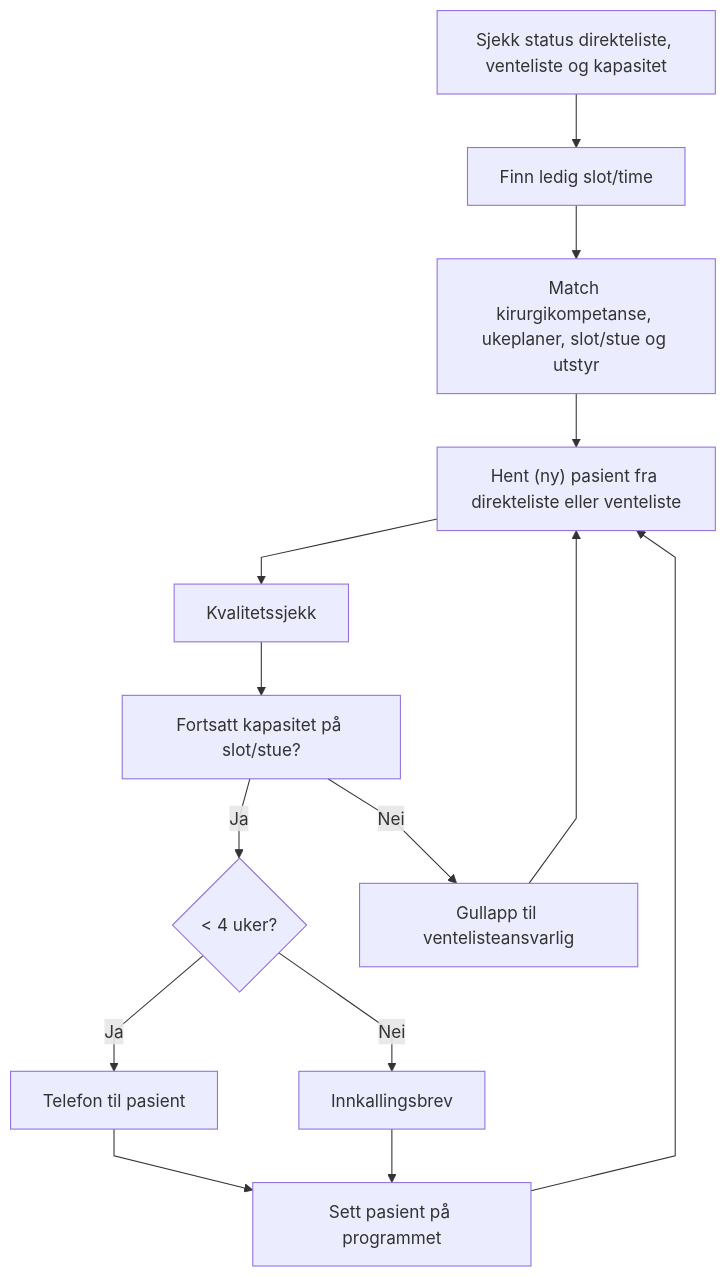
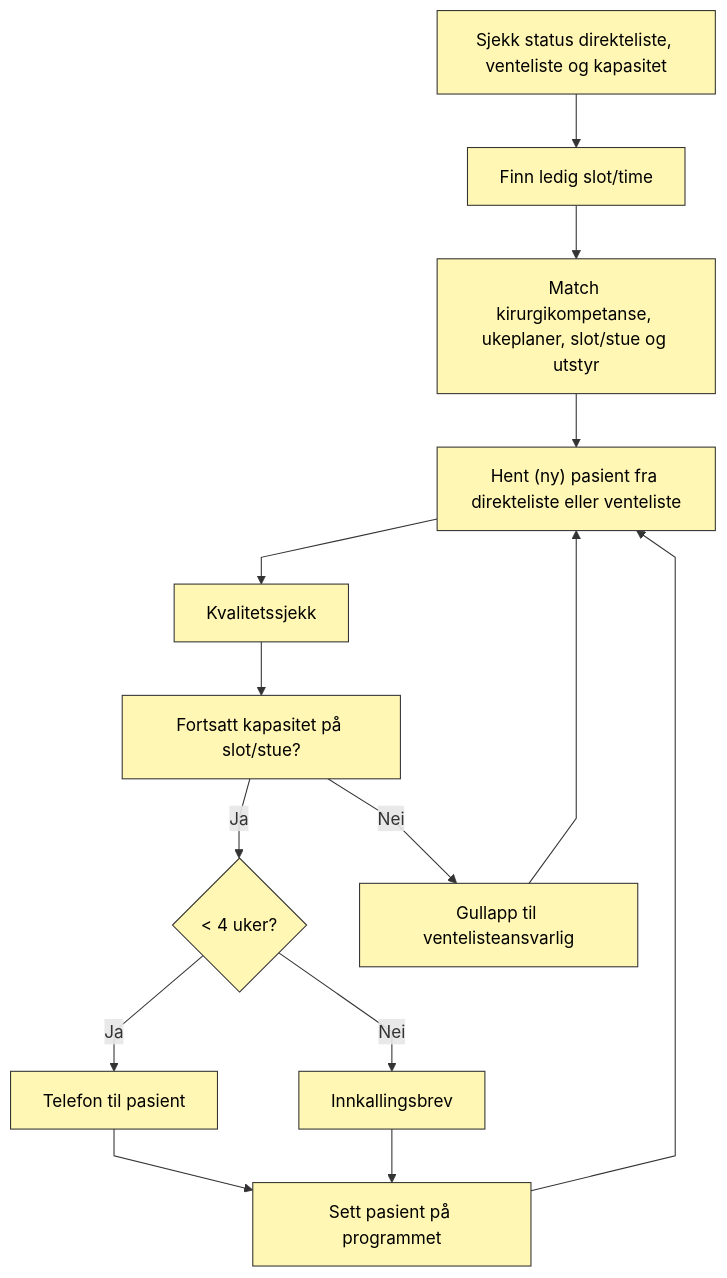
One commit to srbolle/transcribe changed the diagram in flytskjema/operasjonsplanlegger.qmd. Above: the diagram before and after it, drawn with Mermaid. The commit also changed 2 other files, not shown here.

Commit message:
chore: add Norwegian localization and improve flowchart styling
Add Norwegian language configuration to _quarto.yml with custom figure labels. Add default class styling (yellow fill) to operasjonsplanlegger.qmd. Update venteliste_og_operasjonsplanlegger.qmd with figure label/caption, fix typo in node D2, add lege and start_end class assignments, and define corresponding styles

````diff
--- a/flytskjema/operasjonsplanlegger.qmd
+++ b/flytskjema/operasjonsplanlegger.qmd
@@ -3,45 +3,46 @@
 ```{mermaid}
 ---
 config:
   flowchart:
     curve: linear
 ---
 flowchart TD
   A2[Sjekk status direkteliste, venteliste og kapasitet]
   B2[Finn ledig slot/time]
   C2[Match kirurgikompetanse, ukeplaner, slot/stue og utstyr]
   D2["Hent (ny) pasient fra direkteliste eller venteliste"]
   E2[Kvalitetssjekk]
   F2{OK?}
   G2{< 4 uker?}
   H2[Gullapp til ventelisteansvarlig]
   I2[Innkallingsbrev]
   J2[Telefon til pasient]
   K2[Sett pasient på programmet]
   F2[Fortsatt kapasitet på slot/stue?]
 
   A2 --> B2
   B2 --> C2
   C2 --> D2
   D2 --> E2
   E2 --> F2
   F2 -->|Ja| G2
   F2 -->|Nei| H2
   H2 --> D2
   G2 -->|Ja| J2
   G2 -->|Nei| I2
   J2 --> K2
   I2 --> K2
   K2 --> D2
   
 
 
 
   %% Class assignments
   
   %% Styles
   classDef input fill:#fdfdfd,stroke:#ccc,stroke-width:1px,font-size:12px,rx:4,ry:4
   classDef button fill:#2e78f0,stroke:#1e60d4,color:#fff,font-weight:bold,rx:20,ry:20
   classDef decision fill:#ffffff,stroke:#444,stroke-width:2px,font-style:italic
   classDef layout fill:#fafafa,stroke:#ddd,stroke-dasharray: 2 2
+  classDef default fill:#fff7b3,stroke:#333,color:#000
 ```
````
